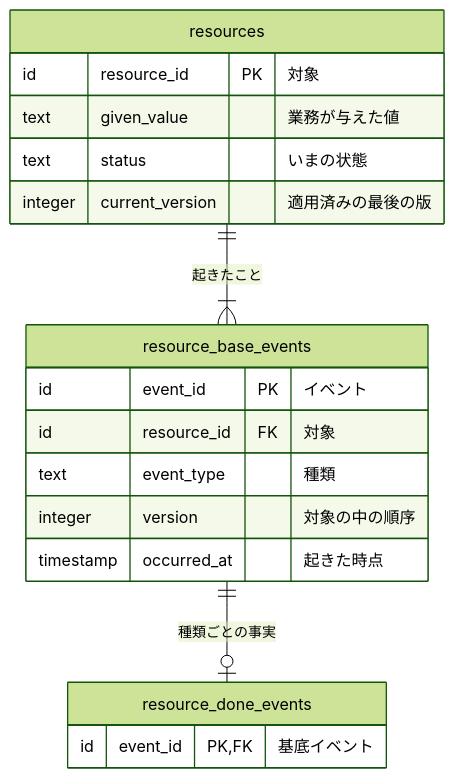
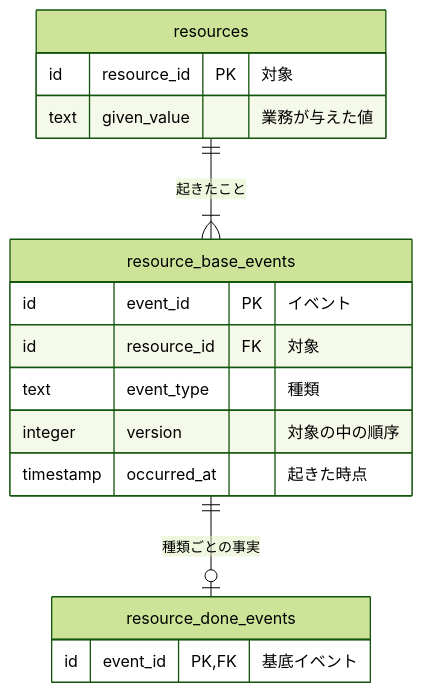
One commit to nakamori-naoya/write-doc-plugins changed the diagram in plugins/write-doc/skills/write-doc/assets/templates/command-data-model.md. Above: the diagram before and after it, drawn with Mermaid (forest theme). The commit also changed other lines of this file and 6 other files, not shown here.

````diff
--- a/plugins/write-doc/skills/write-doc/assets/templates/command-data-model.md
+++ b/plugins/write-doc/skills/write-doc/assets/templates/command-data-model.md
@@ -45,21 +44,19 @@
 ```mermaid
 erDiagram
     resources {
         id resource_id PK "対象"
         text given_value "業務が与えた値"
-        text status "いまの状態"
-        integer current_version "適用済みの最後の版"
     }
     resource_base_events {
         id event_id PK "イベント"
         id resource_id FK "対象"
         text event_type "種類"
         integer version "対象の中の順序"
         timestamp occurred_at "起きた時点"
     }
     resource_done_events {
         id event_id PK, FK "基底イベント"
     }
     resources ||--|{ resource_base_events : "起きたこと"
     resource_base_events ||--o| resource_done_events : "種類ごとの事実"
 ```
````
